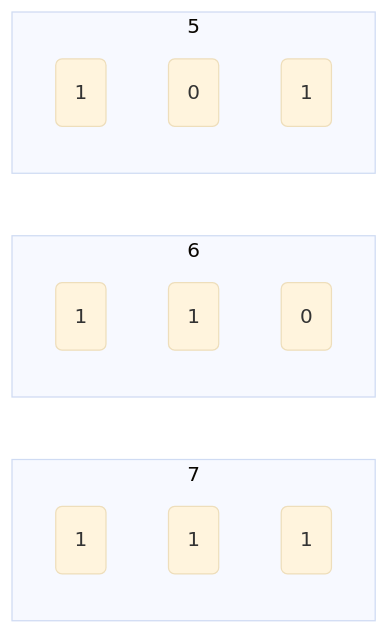
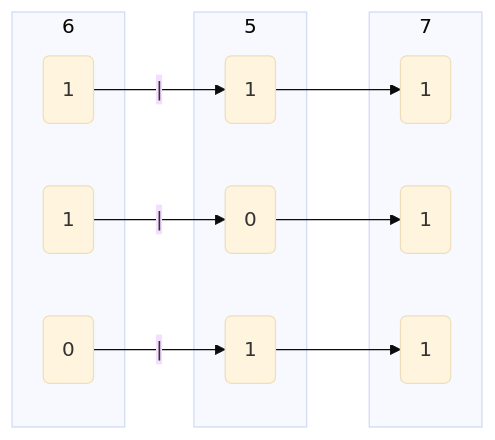
The fourth of 5 diagrams in _posts/Language/C&C++/Memory/2021-11-14-位运算.md (dmjcb/dmjcb.github.io), drawn with Mermaid (base theme) before and after one commit. The commit also changed other lines of this file and 122 other files, not shown here.

Commit message:
修复图形显示BUG

````diff
--- a/_posts/Language/C&C++/Memory/2021-11-14-位运算.md
+++ b/_posts/Language/C&C++/Memory/2021-11-14-位运算.md
@@ -158,21 +161,24 @@
 ```mermaid
 graph LR;
     subgraph 7
         c0(1)
         c1(1)
         c2(1)
     end
 
     subgraph 5
         a0(1)
         a1(0)
         a2(1)
     end
 
     subgraph 6
         b0(1)
         b1(1)
         b2(0)
     end
 
+    b0--|-->a0-->c0
+    b1--|-->a1-->c1
+    b2--|-->a2-->c2
 ```
````
